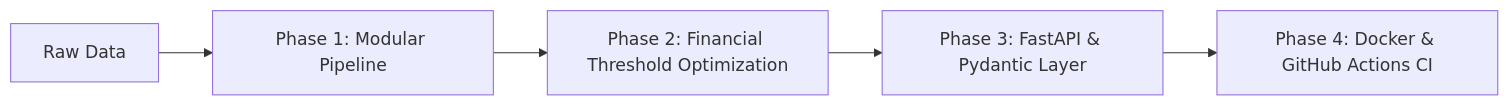
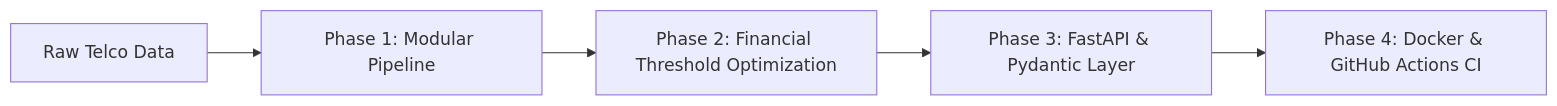
The diagram in README.md (NB7551498/Customer-Churn-Prediction-), drawn with Mermaid before and after one commit. The commit also changed other lines of this file, not shown here.

Commit message:
docs: update comprehensive README with 4-phase MLOps architecture, API docs, and Docker instructions

````diff
--- a/README.md
+++ b/README.md
@@ -44,7 +48,7 @@
 ```mermaid
 flowchart LR
-    A[Raw Data] --> B[Phase 1: Modular Pipeline]
+    A[Raw Telco Data] --> B[Phase 1: Modular Pipeline]
     B --> C[Phase 2: Financial Threshold Optimization]
     C --> D[Phase 3: FastAPI & Pydantic Layer]
     D --> E[Phase 4: Docker & GitHub Actions CI]
 ```
````
